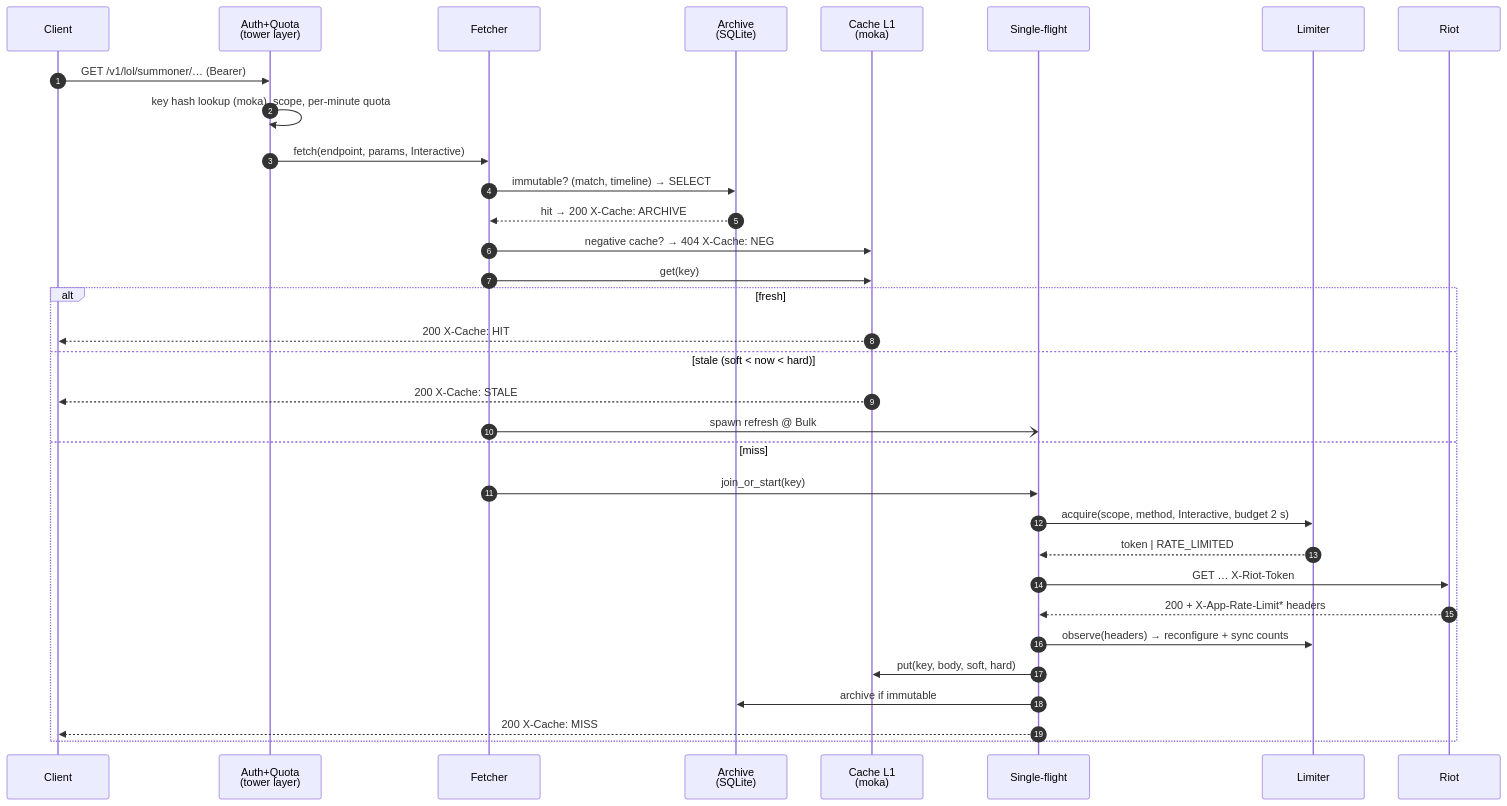
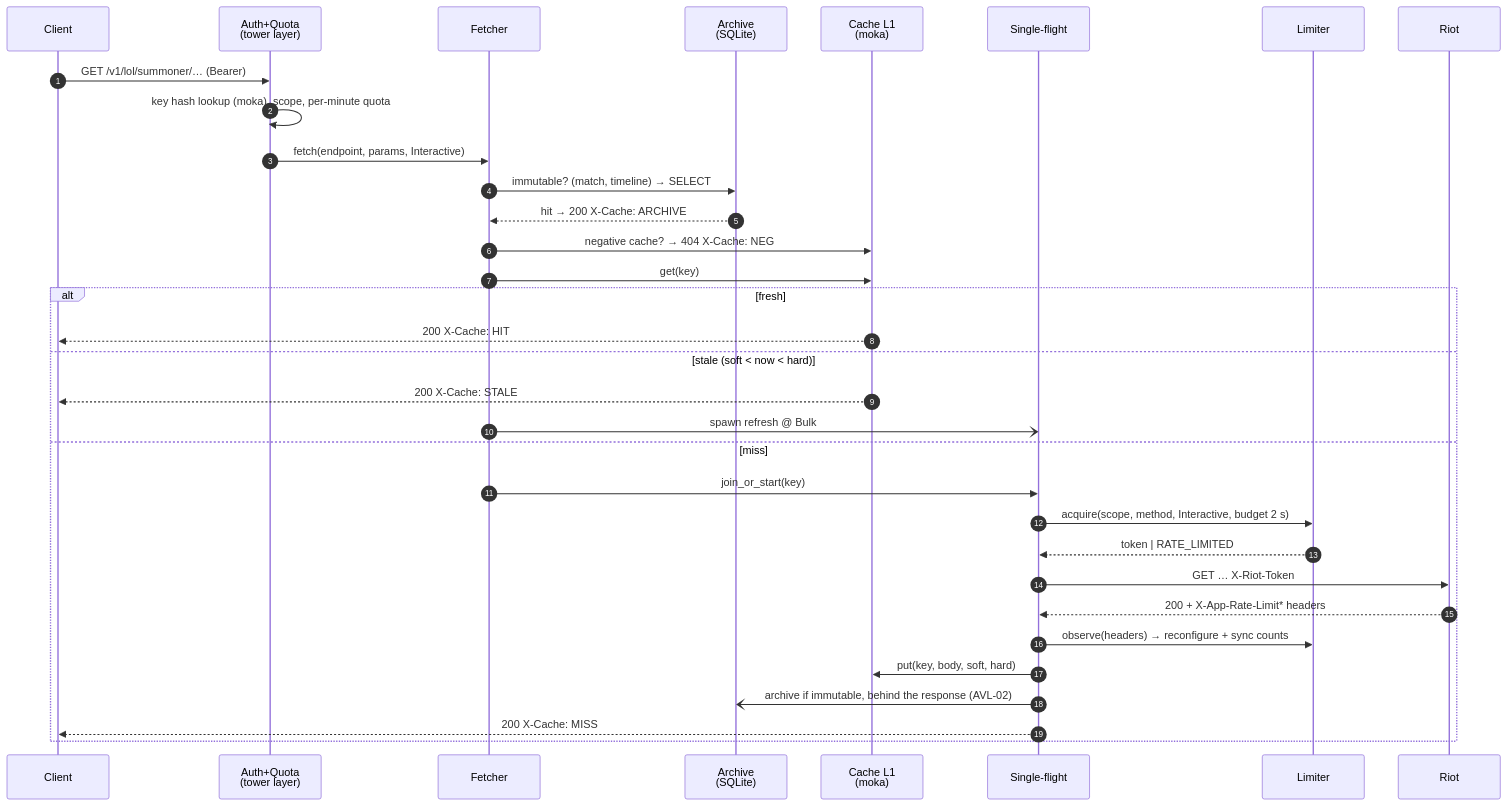
One commit to NinjaGoldfinch/riot-proxy changed the third of 5 diagrams in docs/design/03-architecture.md. Above: the diagram before and after it, drawn with Mermaid. The commit also changed other lines of this file and 64 other files, not shown here.

First line of the commit message:
feat(fetcher): request-path writes run behind the response (AVL-02) (#266)

````diff
--- a/docs/design/03-architecture.md
+++ b/docs/design/03-architecture.md
@@ -80,36 +80,36 @@
 ```mermaid
 sequenceDiagram
     autonumber
     participant C as Client
     participant A as Auth+Quota<br/>(tower layer)
     participant F as Fetcher
     participant AR as Archive<br/>(SQLite)
     participant L1 as Cache L1<br/>(moka)
     participant SF as Single-flight
     participant RL as Limiter
     participant R as Riot
 
     C->>A: GET /v1/lol/summoner/… (Bearer)
     A->>A: key hash lookup (moka), scope, per-minute quota
     A->>F: fetch(endpoint, params, Interactive)
     F->>AR: immutable? (match, timeline) → SELECT
     AR-->>F: hit → 200 X-Cache: ARCHIVE
     F->>L1: negative cache? → 404 X-Cache: NEG
     F->>L1: get(key)
     alt fresh
         L1-->>C: 200 X-Cache: HIT
     else stale (soft < now < hard)
         L1-->>C: 200 X-Cache: STALE
         F-)SF: spawn refresh @ Bulk
     else miss
         F->>SF: join_or_start(key)
         SF->>RL: acquire(scope, method, Interactive, budget 2 s)
         RL-->>SF: token | RATE_LIMITED
         SF->>R: GET … X-Riot-Token
         R-->>SF: 200 + X-App-Rate-Limit* headers
         SF->>RL: observe(headers) → reconfigure + sync counts
         SF->>L1: put(key, body, soft, hard)
-        SF->>AR: archive if immutable
+        SF-)AR: archive if immutable, behind the response (AVL-02)
         SF-->>C: 200 X-Cache: MISS
     end
 ```
````
